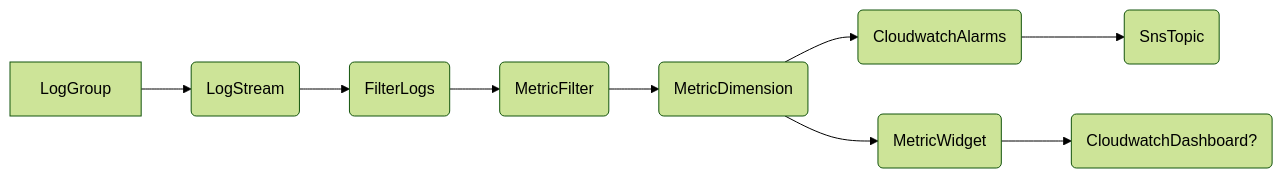
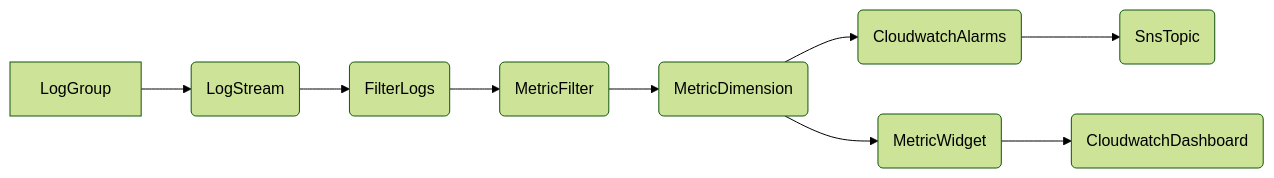
Before and after one commit to cosmasnyairo/cloudwatch-application-terraform-demo: the diagram in Readme.md, drawn with Mermaid (forest theme).

````diff
--- a/Readme.md
+++ b/Readme.md
@@ -21,12 +21,12 @@
 ```mermaid
 graph LR;
     LogGroup-->id1(LogStream);
     id1(LogStream)-->id2(FilterLogs);
     id2(FilterLogs)-->id3(MetricFilter);
     id3(MetricFilter)-->id4(MetricDimension);
     id4(MetricDimension) -->id6(CloudwatchAlarms)
     id4(MetricDimension)-->id5(MetricWidget);
     id6(CloudwatchAlarms) -->id7(SnsTopic);
-    id5(MetricWidget)-->id8(CloudwatchDashboard?);
+    id5(MetricWidget)-->id8(CloudwatchDashboard);
 
 ```
````
